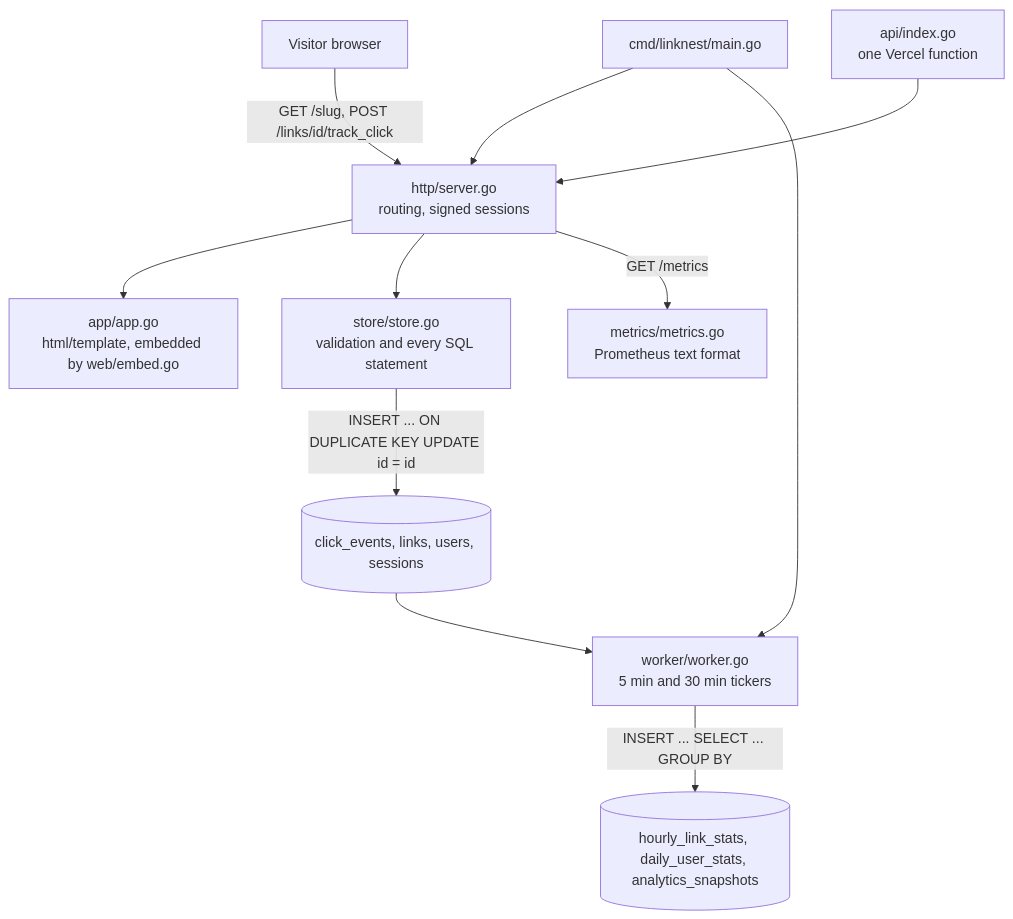
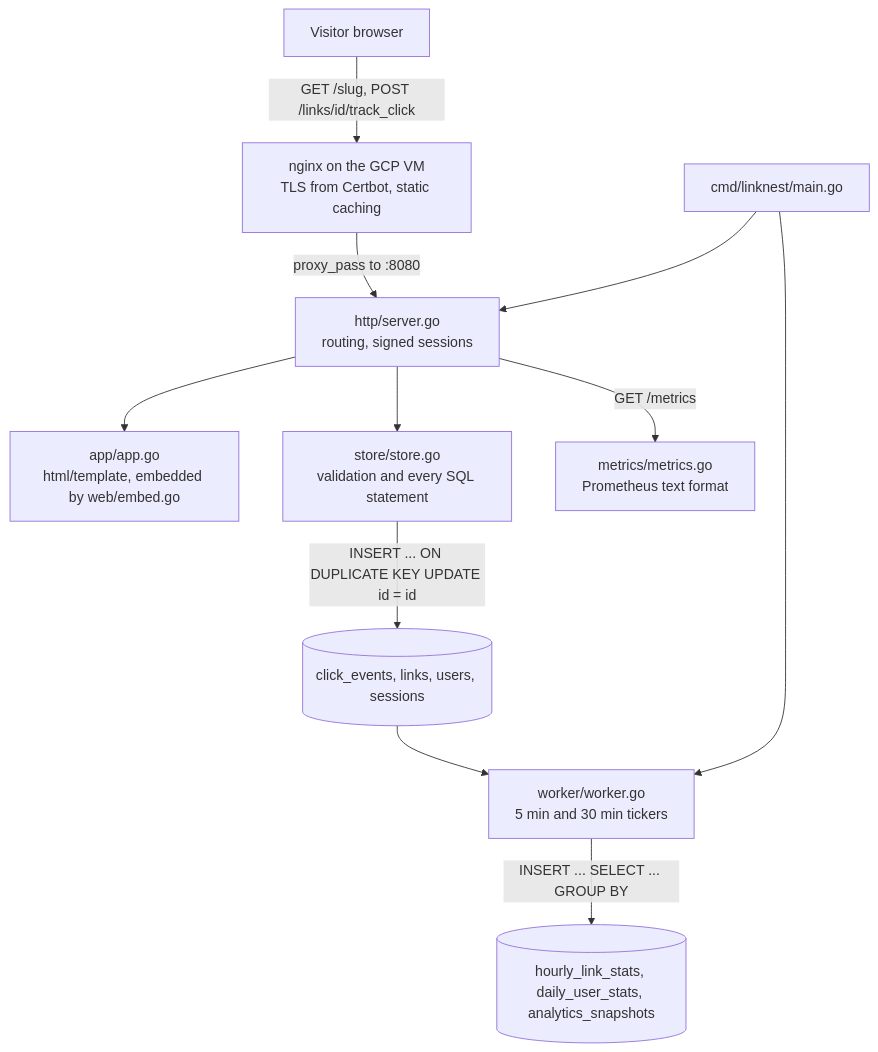
The diagram in README.md (JustinK33/LinkNest), drawn with Mermaid before and after one commit. The commit also changed other lines of this file, not shown here.

First line of the commit message:
docs: README says GCP VM, which is where this actually runs

````diff
--- a/README.md
+++ b/README.md
@@ -37,13 +37,13 @@
 ```mermaid
 flowchart TD
-    visitor["Visitor browser"] -->|"GET /slug, POST /links/id/track_click"| server["http/server.go<br/>routing, signed sessions"]
+    visitor["Visitor browser"] -->|"GET /slug, POST /links/id/track_click"| nginx["nginx on the GCP VM<br/>TLS from Certbot, static caching"]
+    nginx -->|"proxy_pass to :8080"| server["http/server.go<br/>routing, signed sessions"]
     main["cmd/linknest/main.go"] --> server
-    vercel["api/index.go<br/>one Vercel function"] --> server
     server --> app["app/app.go<br/>html/template, embedded by web/embed.go"]
     server --> store["store/store.go<br/>validation and every SQL statement"]
     store -->|"INSERT ... ON DUPLICATE KEY UPDATE id = id"| db[("click_events, links, users, sessions")]
     worker["worker/worker.go<br/>5 min and 30 min tickers"] -->|"INSERT ... SELECT ... GROUP BY"| rollups[("hourly_link_stats, daily_user_stats, analytics_snapshots")]
     main --> worker
     db --> worker
     server -->|"GET /metrics"| metrics["metrics/metrics.go<br/>Prometheus text format"]
 ```
````
